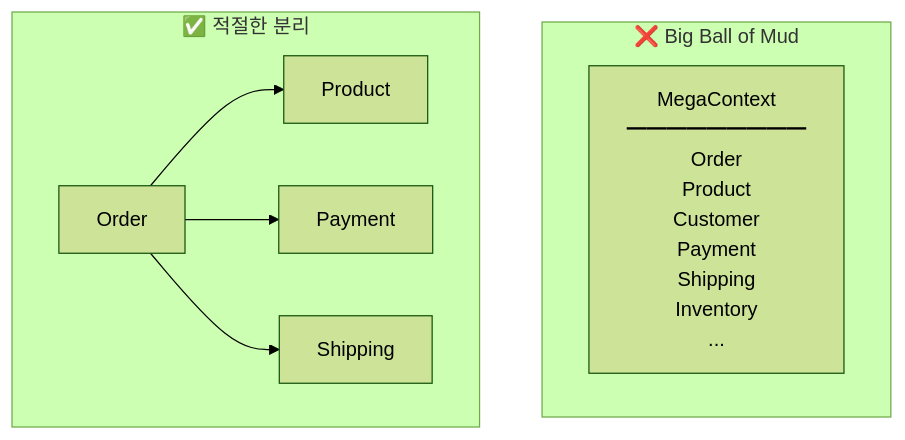
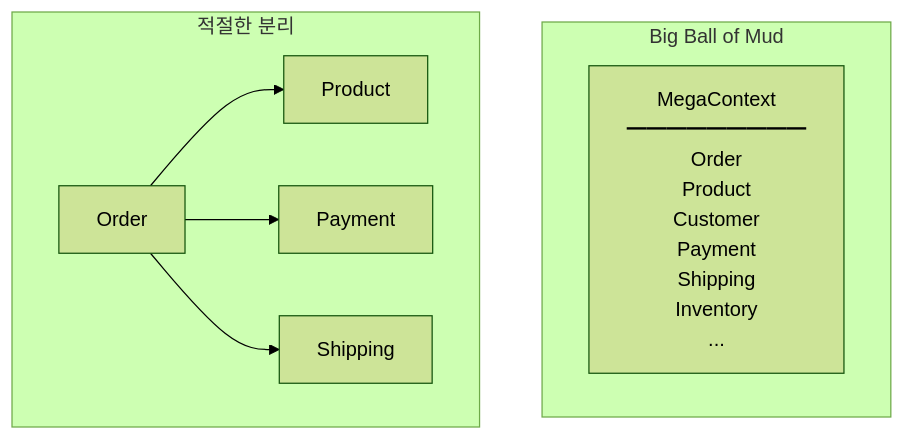
One commit to advanced-beginner/advanced-beginner.github.io changed the first of 2 diagrams in content/ko/ddd/concepts/anti-patterns.md. Above: the diagram before and after it, drawn with Mermaid (forest theme). The commit also changed other lines of this file and 13 other files, not shown here.

````diff
--- a/content/ko/ddd/concepts/anti-patterns.md
+++ b/content/ko/ddd/concepts/anti-patterns.md
@@ -16,16 +17,16 @@
 ```mermaid
 flowchart TB
-    subgraph Bad["❌ Big Ball of Mud"]
+    subgraph Bad["Big Ball of Mud"]
         MEGA["MegaContext<br>━━━━━━━━━<br>Order<br>Product<br>Customer<br>Payment<br>Shipping<br>Inventory<br>..."]
     end
 
-    subgraph Good["✅ 적절한 분리"]
+    subgraph Good["적절한 분리"]
         C1["Order"]
         C2["Product"]
         C3["Payment"]
         C4["Shipping"]
         C1 --> C2
         C1 --> C3
         C1 --> C4
     end
 ```
````
